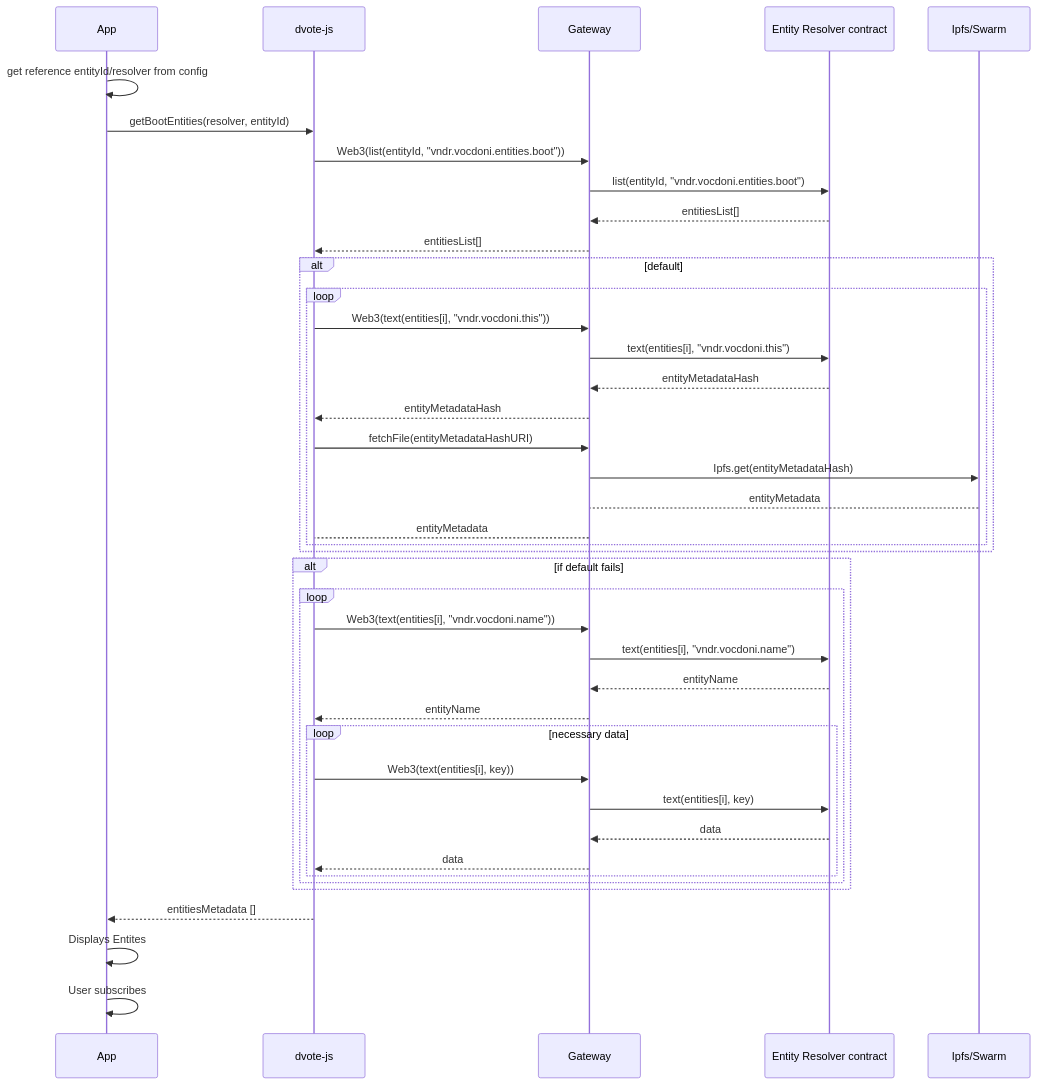
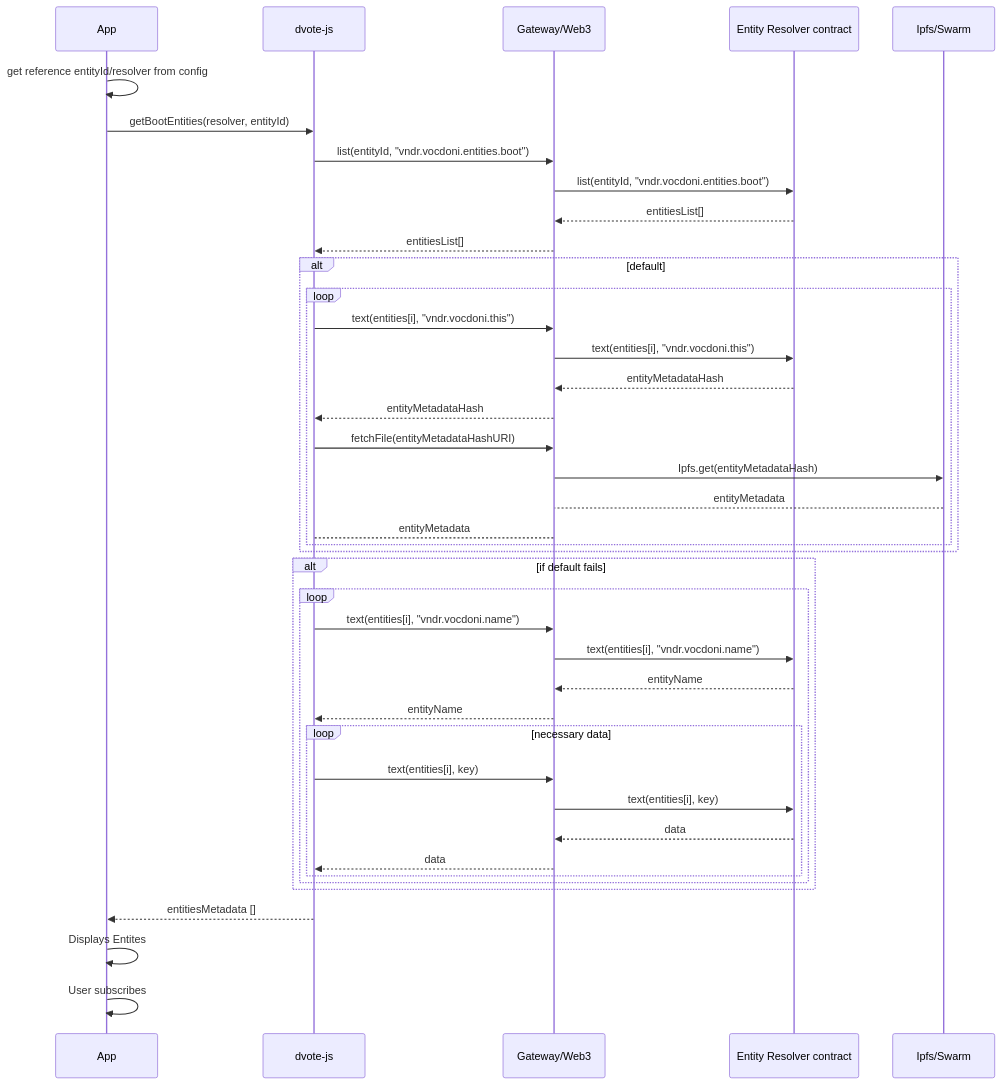
Before and after one commit to vocdoni/docs: the fourth of 15 diagrams in docs/protocol/sequence-diagrams.md, drawn with Mermaid. The commit also changed other lines of this file and 1 other file, not shown here.

Commit message:
added addCensusClaim, getCensusRoot, censusDump to GW RPC methods, updated sequence dias to show Web3 as available enpoint

````diff
--- a/docs/protocol/sequence-diagrams.md
+++ b/docs/protocol/sequence-diagrams.md
@@ -111,49 +111,49 @@
 ```mermaid
 
 sequenceDiagram
     participant App
     participant DV as dvote-js
-    participant GW as Gateway
+    participant GW as Gateway/Web3
     participant ER as Entity Resolver contract
     participant IPFS as Ipfs/Swarm
 
     App->>App: get reference entityId/resolver from config
     App->>DV: getBootEntities(resolver, entityId)
-    DV->>GW: Web3(list(entityId, "vndr.vocdoni.entities.boot"))
+    DV->>GW: list(entityId, "vndr.vocdoni.entities.boot")
     GW->>ER: list(entityId, "vndr.vocdoni.entities.boot")
     ER-->>GW: entitiesList[]
     GW-->>DV: entitiesList[]
 
     alt default
         loop
-            DV->>GW: Web3(text(entities[i], "vndr.vocdoni.this"))
+            DV->>GW: text(entities[i], "vndr.vocdoni.this")
             GW->>ER: text(entities[i], "vndr.vocdoni.this")
             ER-->>GW: entityMetadataHash
             GW-->>DV: entityMetadataHash
             DV->>GW: fetchFile(entityMetadataHashURI)
             GW->>IPFS: Ipfs.get(entityMetadataHash)
             IPFS-->GW: entityMetadata
             GW-->DV: entityMetadata
         end
     end
 
     alt if default fails
         loop
-            DV->>GW: Web3(text(entities[i], "vndr.vocdoni.name"))
+            DV->>GW: text(entities[i], "vndr.vocdoni.name")
             GW->>ER: text(entities[i], "vndr.vocdoni.name")
             ER-->>GW: entityName
             GW-->>DV: entityName
 
             loop necessary data
-                DV->>GW: Web3(text(entities[i], key))
+                DV->>GW: text(entities[i], key)
                 GW->>ER: text(entities[i], key)
                 ER-->>GW: data
                 GW-->>DV: data
             end
         end
     end
 
     DV-->>App:  entitiesMetadata []
     App->>App: Displays Entites
     App->>App: User subscribes
 ```
````
